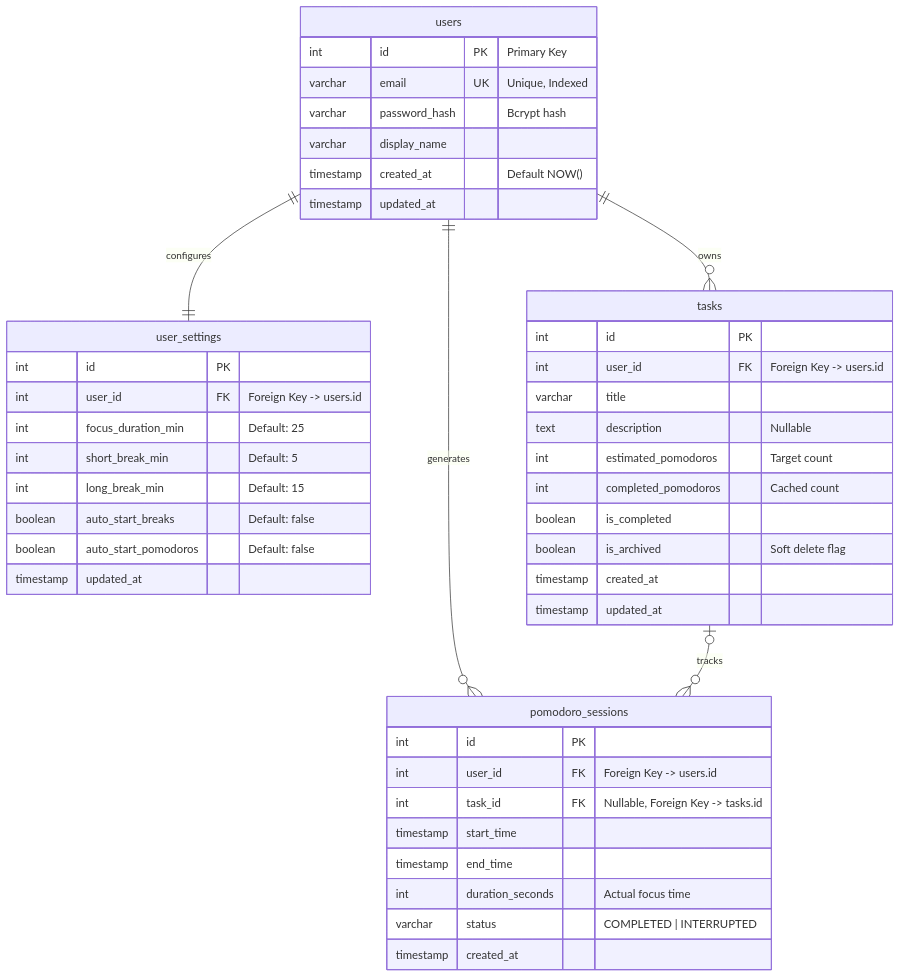
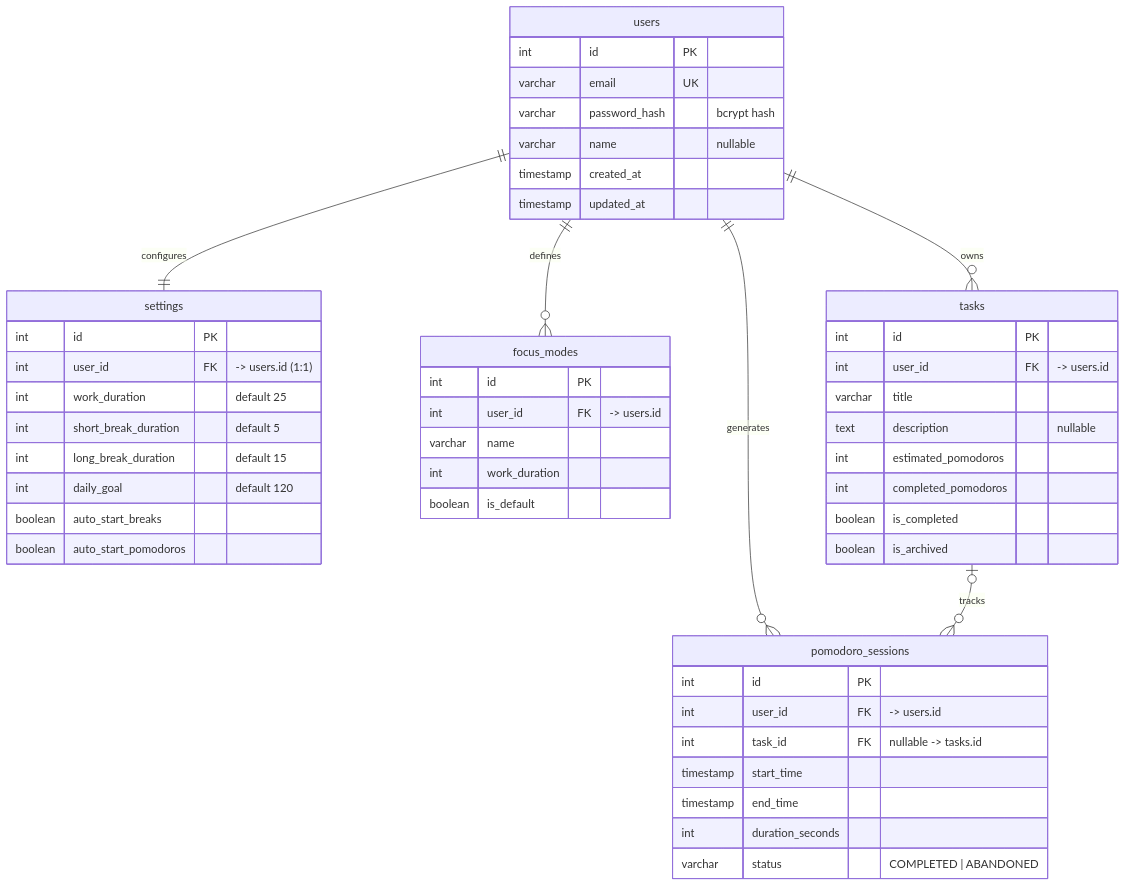
One commit to Marklu0509/pomodoro-app changed the second of 4 diagrams in Readme.md. Above: the diagram before and after it, drawn with Mermaid. The commit also changed other lines of this file and 4 other files, not shown here.

````diff
--- a/Readme.md
+++ b/Readme.md
@@ -60,56 +121,53 @@
 ```mermaid
 erDiagram
-    %% Core Identity
     users {
-        int id PK "Primary Key"
-        varchar email UK "Unique, Indexed"
-        varchar password_hash "Bcrypt hash"
-        varchar display_name
-        timestamp created_at "Default NOW()"
-        timestamp updated_at
-    }
-
-    %% User Preferences (1:1 Relationship)
-    user_settings {
         int id PK
-        int user_id FK "Foreign Key -> users.id"
-        int focus_duration_min "Default: 25"
-        int short_break_min "Default: 5"
-        int long_break_min "Default: 15"
-        boolean auto_start_breaks "Default: false"
-        boolean auto_start_pomodoros "Default: false"
-        timestamp updated_at
-    }
-
-    %% Task Management (1:N Relationship)
-    tasks {
-        int id PK
-        int user_id FK "Foreign Key -> users.id"
-        varchar title
-        text description "Nullable"
-        int estimated_pomodoros "Target count"
-        int completed_pomodoros "Cached count"
-        boolean is_completed
-        boolean is_archived "Soft delete flag"
+        varchar email UK
+        varchar password_hash "bcrypt hash"
+        varchar name "nullable"
         timestamp created_at
         timestamp updated_at
     }
-
-    %% Pomodoro History (The Core Data)
+    settings {
+        int id PK
+        int user_id FK "-> users.id (1:1)"
+        int work_duration "default 25"
+        int short_break_duration "default 5"
+        int long_break_duration "default 15"
+        int daily_goal "default 120"
+        boolean auto_start_breaks
+        boolean auto_start_pomodoros
+    }
+    focus_modes {
+        int id PK
+        int user_id FK "-> users.id"
+        varchar name
+        int work_duration
+        boolean is_default
+    }
+    tasks {
+        int id PK
+        int user_id FK "-> users.id"
+        varchar title
+        text description "nullable"
+        int estimated_pomodoros
+        int completed_pomodoros
+        boolean is_completed
+        boolean is_archived
+    }
     pomodoro_sessions {
         int id PK
-        int user_id FK "Foreign Key -> users.id"
-        int task_id FK "Nullable, Foreign Key -> tasks.id"
+        int user_id FK "-> users.id"
+        int task_id FK "nullable -> tasks.id"
         timestamp start_time
         timestamp end_time
-        int duration_seconds "Actual focus time"
-        varchar status "COMPLETED | INTERRUPTED"
-        timestamp created_at
+        int duration_seconds
+        varchar status "COMPLETED | ABANDONED"
     }
 
-    %% Relationships
-    users ||--|| user_settings : "configures"
+    users ||--|| settings : "configures"
+    users ||--o{ focus_modes : "defines"
     users ||--o{ tasks : "owns"
     users ||--o{ pomodoro_sessions : "generates"
     tasks |o--o{ pomodoro_sessions : "tracks"
 ```
````
